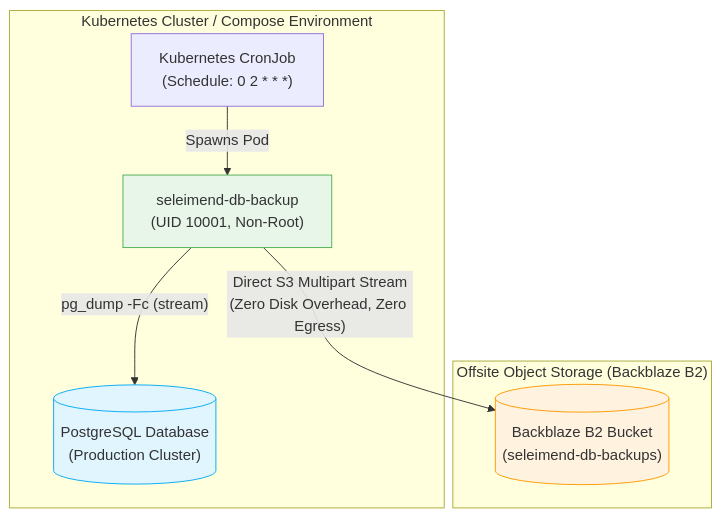
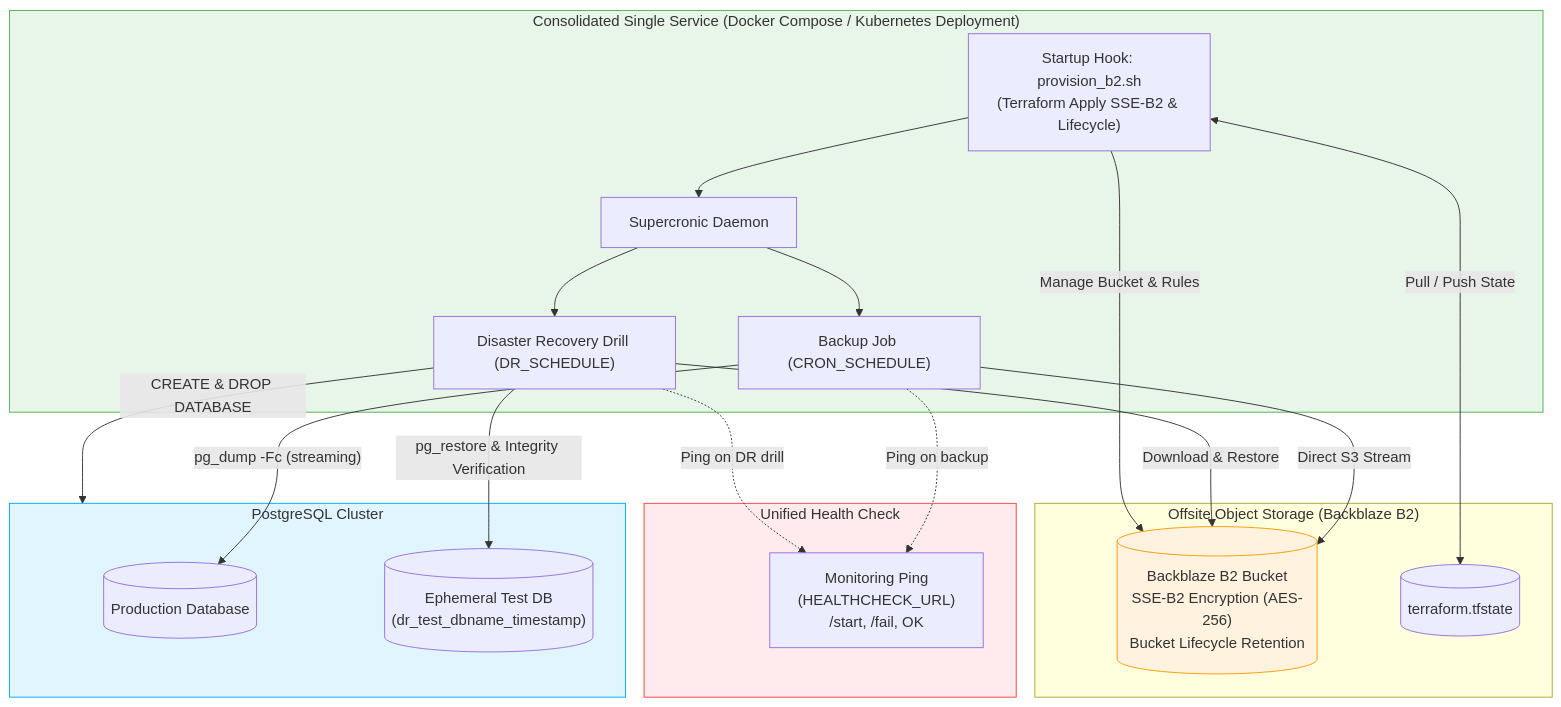
One commit to victorseleimend293/seleimend-db-backup changed the diagram in README.md. Above: the diagram before and after it, drawn with Mermaid. The commit also changed other lines of this file and 29 other files, not shown here.

First line of the commit message:
feat(dr): add disaster recovery drills, b2 terraform and unified deployment

````diff
--- a/README.md
+++ b/README.md
@@ -18,21 +20,44 @@
 ```mermaid
 flowchart TD
-    subgraph K8sCluster ["Kubernetes Cluster / Compose Environment"]
-        Cron["Kubernetes CronJob<br/>(Schedule: 0 2 * * *)"]
-        Container["seleimend-db-backup<br/>(UID 10001, Non-Root)"]
-        Postgres[("PostgreSQL Database<br/>(Production Cluster)")]
+    subgraph ContainerService ["Consolidated Single Service (Docker Compose / Kubernetes Deployment)"]
+        Startup["Startup Hook: provision_b2.sh<br/>(Terraform Apply SSE-B2 & Lifecycle)"]
+        Supercronic["Supercronic Daemon"]
+        BackupTask["Backup Job (CRON_SCHEDULE)"]
+        DRTask["Disaster Recovery Drill (DR_SCHEDULE)"]
 
-        Cron -->|Spawns Pod| Container
-        Container -->|"pg_dump -Fc (stream)"| Postgres
+        Startup --> Supercronic
+        Supercronic --> BackupTask
+        Supercronic --> DRTask
+    end
+
+    subgraph PostgresEnv ["PostgreSQL Cluster"]
+        ProdDB[("Production Database")]
+        TestDB[("Ephemeral Test DB<br/>(dr_test_dbname_timestamp)")]
     end
 
     subgraph BackblazeB2 ["Offsite Object Storage (Backblaze B2)"]
-        Bucket[("Backblaze B2 Bucket<br/>(seleimend-db-backups)")]
+        Bucket[("Backblaze B2 Bucket<br/>SSE-B2 Encryption (AES-256)<br/>Bucket Lifecycle Retention")]
+        StateFile[("terraform.tfstate")]
     end
 
-    Container -->|"Direct S3 Multipart Stream<br/>(Zero Disk Overhead, Zero Egress)"| Bucket
+    subgraph Monitoring ["Unified Health Check"]
+        HC["Monitoring Ping<br/>(HEALTHCHECK_URL)<br/>/start, /fail, OK"]
+    end
 
-    style Container fill:#e8f5e9,stroke:#4caf50
+    BackupTask -->|"pg_dump -Fc (streaming)"| ProdDB
+    BackupTask -->|"Direct S3 Stream"| Bucket
+    BackupTask -.->|"Ping on backup"| HC
+
+    DRTask -->|"CREATE & DROP DATABASE"| PostgresEnv
+    DRTask -->|"Download & Restore"| Bucket
+    DRTask -->|"pg_restore & Integrity Verification"| TestDB
+    DRTask -.->|"Ping on DR drill"| HC
+
+    Startup <-->|"Pull / Push State"| StateFile
+    Startup -->|"Manage Bucket & Rules"| Bucket
+
+    style ContainerService fill:#e8f5e9,stroke:#4caf50
     style Bucket fill:#fff3e0,stroke:#ff9800
-    style Postgres fill:#e1f5fe,stroke:#03a9f4
+    style PostgresEnv fill:#e1f5fe,stroke:#03a9f4
+    style Monitoring fill:#ffebee,stroke:#f44336
 ```
````
